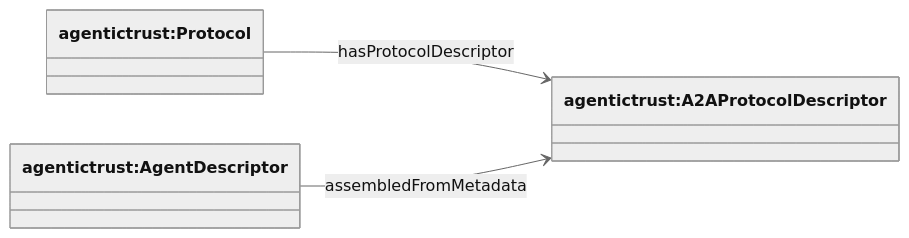
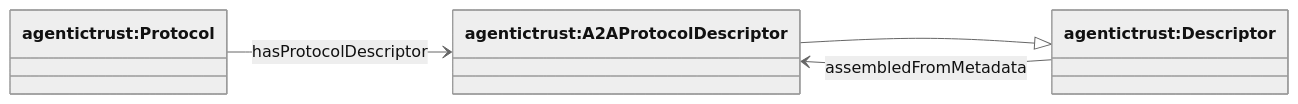
The fourth of 4 diagrams in docs/ontology/descriptor.md (Agentic-Trust-Layer/agent-explorer), drawn with Mermaid (neutral theme) before and after one commit. The commit also changed other lines of this file and 4 other files, not shown here.

````diff
--- a/docs/ontology/descriptor.md
+++ b/docs/ontology/descriptor.md
@@ -189,11 +126,12 @@
 ```mermaid
 classDiagram
 direction LR
 
 class Protocol["agentictrust:Protocol"]
 class A2AProtocolDescriptor["agentictrust:A2AProtocolDescriptor"]
-class AgentDescriptor["agentictrust:AgentDescriptor"]
+class Descriptor["agentictrust:Descriptor"]
 
 Protocol --> A2AProtocolDescriptor : hasProtocolDescriptor
-AgentDescriptor --> A2AProtocolDescriptor : assembledFromMetadata
+A2AProtocolDescriptor --|> Descriptor
+Descriptor --> A2AProtocolDescriptor : assembledFromMetadata
 ```
````
